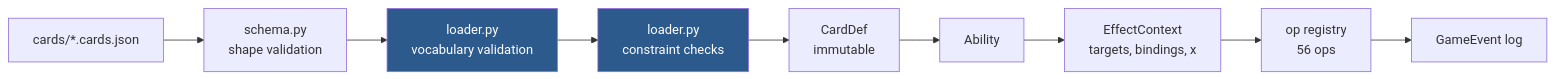
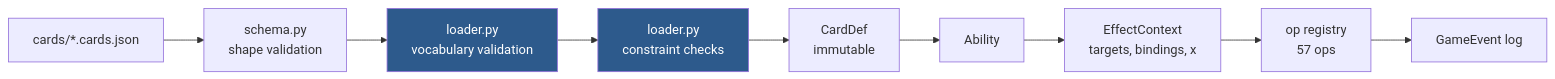
One commit to TylerGauntlett/commander-blitz changed the diagram in docs/card-dsl.md. Above: the diagram before and after it, drawn with Mermaid. The commit also changed other lines of this file and 9 other files, not shown here.

````diff
--- a/docs/card-dsl.md
+++ b/docs/card-dsl.md
@@ -6,14 +6,14 @@
 ```mermaid
 flowchart LR
     json["cards/*.cards.json"] --> pydantic["schema.py<br/>shape validation"]
     pydantic --> vocab["loader.py<br/>vocabulary validation"]
     vocab --> constraints["loader.py<br/>constraint checks"]
     constraints --> carddef["CardDef<br/>immutable"]
     carddef --> ability["Ability"]
     ability --> ctx["EffectContext<br/>targets, bindings, x"]
-    ctx --> ops["op registry<br/>56 ops"]
+    ctx --> ops["op registry<br/>57 ops"]
     ops --> events["GameEvent log"]
 
     style vocab fill:#2d5a8c,color:#fff
     style constraints fill:#2d5a8c,color:#fff
 ```
````
